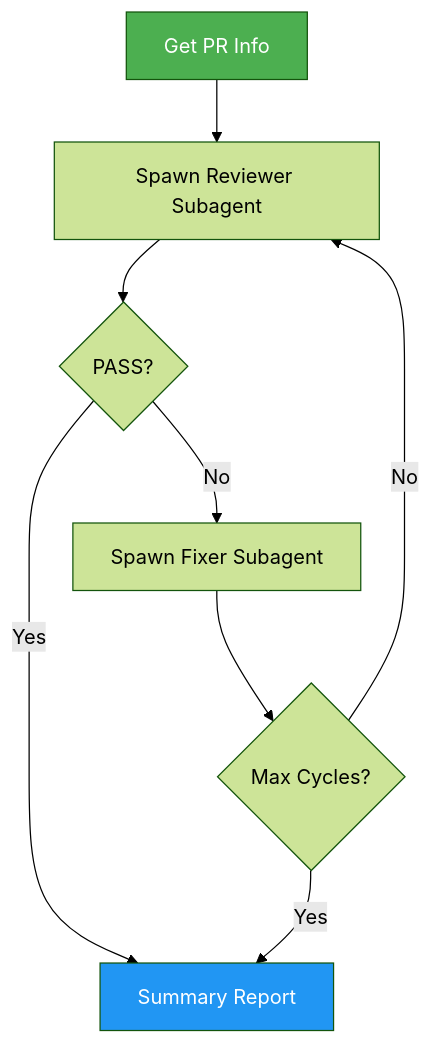
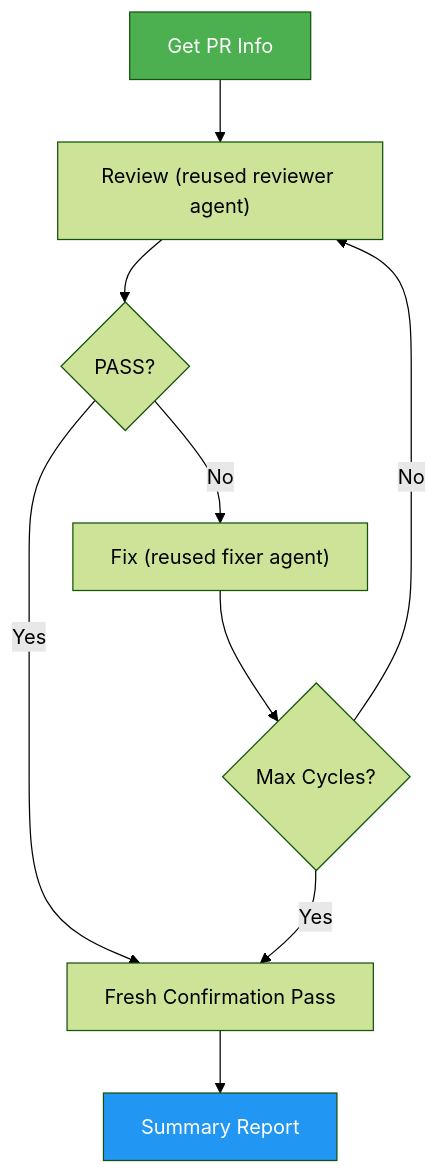
One commit to luongnv89/idd changed the diagram in skills/issue-pr-review-fix-loop/README.md. Above: the diagram before and after it, drawn with Mermaid (forest theme). The commit also changed other lines of this file and 9 other files, not shown here.

````diff
--- a/skills/issue-pr-review-fix-loop/README.md
+++ b/skills/issue-pr-review-fix-loop/README.md
@@ -24,12 +25,13 @@
 ```mermaid
 graph TD
-    A["Get PR Info"] --> B["Spawn Reviewer Subagent"]
+    A["Get PR Info"] --> B["Review (reused reviewer agent)"]
     B --> C{"PASS?"}
-    C -->|Yes| D["Summary Report"]
-    C -->|No| E["Spawn Fixer Subagent"]
+    C -->|Yes| G["Fresh Confirmation Pass"]
+    C -->|No| E["Fix (reused fixer agent)"]
     E --> F{"Max Cycles?"}
     F -->|No| B
-    F -->|Yes| D
+    F -->|Yes| G
+    G --> D["Summary Report"]
     style A fill:#4CAF50,color:#fff
     style D fill:#2196F3,color:#fff
 ```
````
